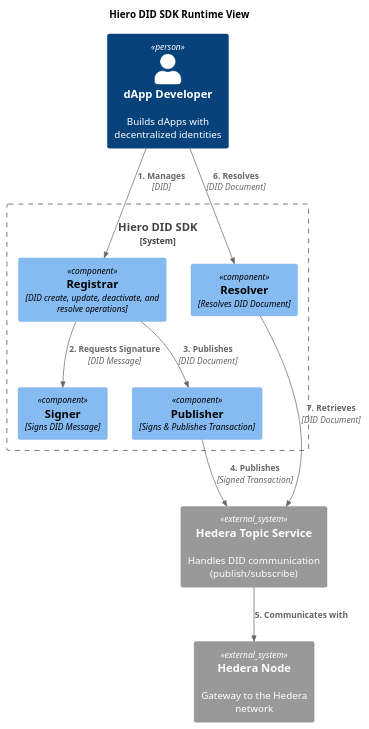
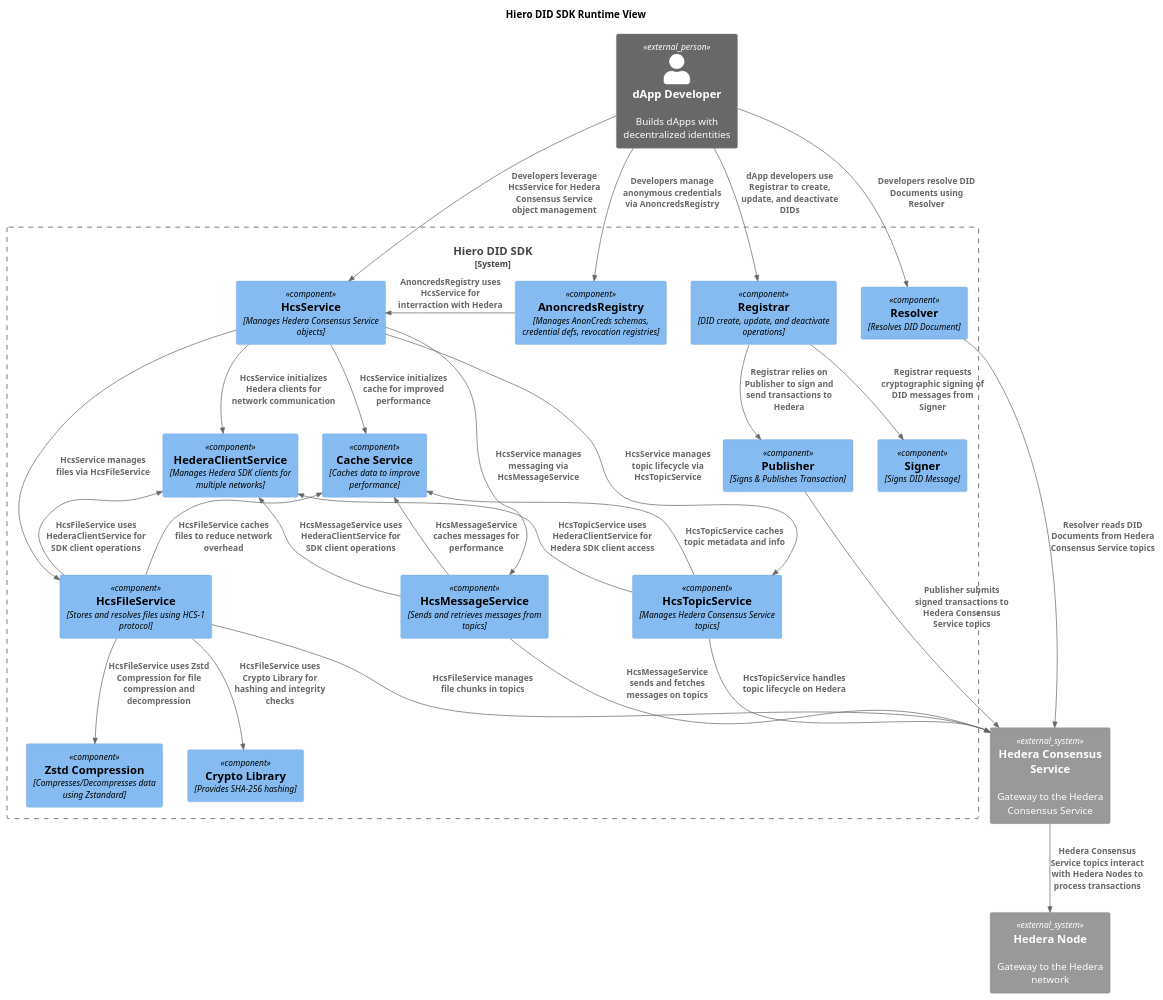
Before and after one commit to hiero-ledger/hiero-did-sdk-js: the diagram in docs/modules/ROOT/pages/02-design/diagrams/runtime-view-diagram.puml, drawn with PlantUML. The commit also changed 11 other files, not shown here.

```diff
--- a/docs/modules/ROOT/pages/02-design/diagrams/runtime-view-diagram.puml
+++ b/docs/modules/ROOT/pages/02-design/diagrams/runtime-view-diagram.puml
@@ -1,26 +1,83 @@
 @startuml
 !include https://raw.githubusercontent.com/plantuml-stdlib/C4-PlantUML/master/C4_Component.puml
 
 title Hiero DID SDK Runtime View
 
-Person(developer, "dApp Developer", "Builds dApps with decentralized identities")
+Person_Ext(developer, "dApp Developer", "Builds dApps with decentralized identities")
 
-System_Boundary(sdk, "Hiero DID SDK") {
-  Component(registrar, "Registrar", "DID create, update, deactivate, and resolve operations")
+System_Boundary(c1, "Hiero DID SDK") {
+
+  Component(registrar, "Registrar", "DID create, update, and deactivate operations")
   Component(resolver, "Resolver", "Resolves DID Document")
+  Component(hcsService, "HcsService", "Manages Hedera Consensus Service objects")
+  Component(anoncredsRegistry, "AnoncredsRegistry", "Manages AnonCreds schemas, credential defs, revocation registries")
+
   Component(signer, "Signer", "Signs DID Message")
-  Component(publisher, "Publisher", "Signs & Publishes Transaction")  
+  Component(publisher, "Publisher", "Signs & Publishes Transaction")
+
+  Component(hederaClientService, "HederaClientService", "Manages Hedera SDK clients for multiple networks")
+
+  Component(hcsTopicService, "HcsTopicService", "Manages Hedera Consensus Service topics")
+  Component(hcsMessageService, "HcsMessageService", "Sends and retrieves messages from topics")
+  Component(hcsFileService, "HcsFileService", "Stores and resolves files using HCS-1 protocol")
+
+  Component(cache, "Cache Service", "Caches data to improve performance")
+
+  Component(crypto, "Crypto Library", "Provides SHA-256 hashing")
+  Component(zstd, "Zstd Compression", "Compresses/Decompresses data using Zstandard")
 }
 
-System_Ext(topic, "Hedera Topic Service", "Handles DID communication (publish/subscribe)")
+System_Ext(topic, "Hedera Consensus Service", "Gateway to the Hedera Consensus Service")
 System_Ext(hedera, "Hedera Node", "Gateway to the Hedera network")
 
-Rel(developer, registrar, "1. Manages", "DID")
-Rel(registrar, signer, "2. Requests Signature", "DID Message")
-Rel(registrar, publisher, "3. Publishes", "DID Document")
-Rel(publisher, topic, "4. Publishes", "Signed Transaction")
-Rel(topic, hedera, "5. Communicates with")
-Rel(developer, resolver, "6. Resolves", "DID Document")
-Rel(resolver, topic, "7. Retrieves", "DID Document")
+' Developer interactions
+Rel(developer, registrar, "dApp developers use Registrar to create, update, and deactivate DIDs")
+Rel(developer, resolver, "Developers resolve DID Documents using Resolver")
+Rel(developer, hcsService, "Developers leverage HcsService for Hedera Consensus Service object management")
+Rel(developer, anoncredsRegistry, "Developers manage anonymous credentials via AnoncredsRegistry")
+
+' Registrar dependencies
+Rel(registrar, signer, "Registrar requests cryptographic signing of DID messages from Signer")
+Rel(registrar, publisher, "Registrar relies on Publisher to sign and send transactions to Hedera")
+
+' Transaction submission
+Rel(publisher, topic, "Publisher submits signed transactions to Hedera Consensus Service topics")
+
+' DID Document retrieval
+Rel(resolver, topic, "Resolver reads DID Documents from Hedera Consensus Service topics")
+
+' HCS infrastructure initialization
+Rel(hcsService, hederaClientService, "HcsService initializes Hedera clients for network communication")
+Rel(hcsService, cache, "HcsService initializes cache for improved performance")
+
+' HCS service internal usage
+Rel(hcsService, hcsTopicService, "HcsService manages topic lifecycle via HcsTopicService")
+Rel(hcsService, hcsMessageService, "HcsService manages messaging via HcsMessageService")
+Rel(hcsService, hcsFileService, "HcsService manages files via HcsFileService")
+
+' Individual HCS service Hedera client usage
+Rel_U(hcsTopicService, hederaClientService, "HcsTopicService uses HederaClientService for Hedera SDK client access")
+Rel_U(hcsMessageService, hederaClientService, "HcsMessageService uses HederaClientService for SDK client operations")
+Rel_U(hcsFileService, hederaClientService, "HcsFileService uses HederaClientService for SDK client operations")
+
+' Caching within HCS services
+Rel_U(hcsTopicService, cache, "HcsTopicService caches topic metadata and info")
+Rel_U(hcsMessageService, cache, "HcsMessageService caches messages for performance")
+Rel_U(hcsFileService, cache, "HcsFileService caches files to reduce network overhead")
+
+' Supporting libraries for file service
+Rel(hcsFileService, crypto, "HcsFileService uses Crypto Library for hashing and integrity checks")
+Rel(hcsFileService, zstd, "HcsFileService uses Zstd Compression for file compression and decompression")
+
+' Topic communication with Hedera network
+Rel(hcsMessageService, topic, "HcsMessageService sends and fetches messages on topics")
+Rel(hcsFileService, topic, "HcsFileService manages file chunks in topics")
+Rel(hcsTopicService, topic, "HcsTopicService handles topic lifecycle on Hedera")
+
+' Anoncreds registry relies on HCS service
+Rel_L(anoncredsRegistry, hcsService, "AnoncredsRegistry uses HcsService for interraction with Hedera")
+
+' Hedera network infrastructure
+Rel(topic, hedera, "Hedera Consensus Service topics interact with Hedera Nodes to process transactions")
 
 @enduml
```
